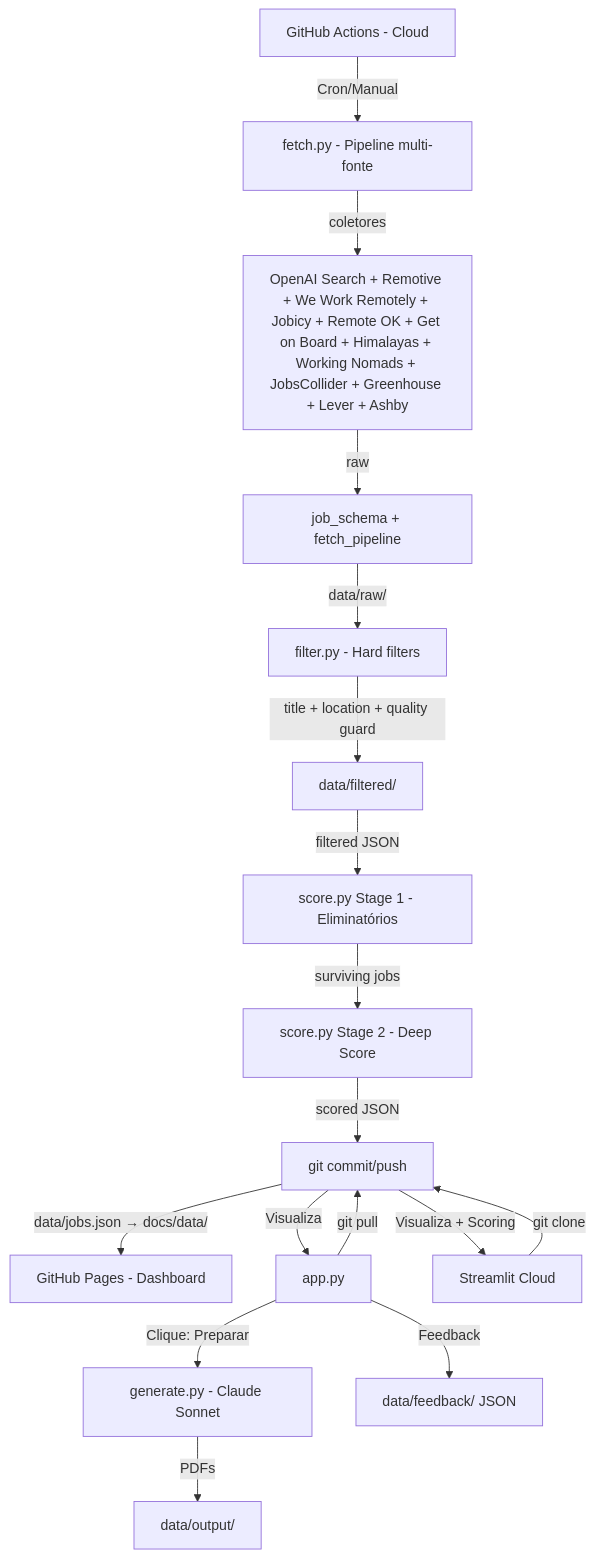
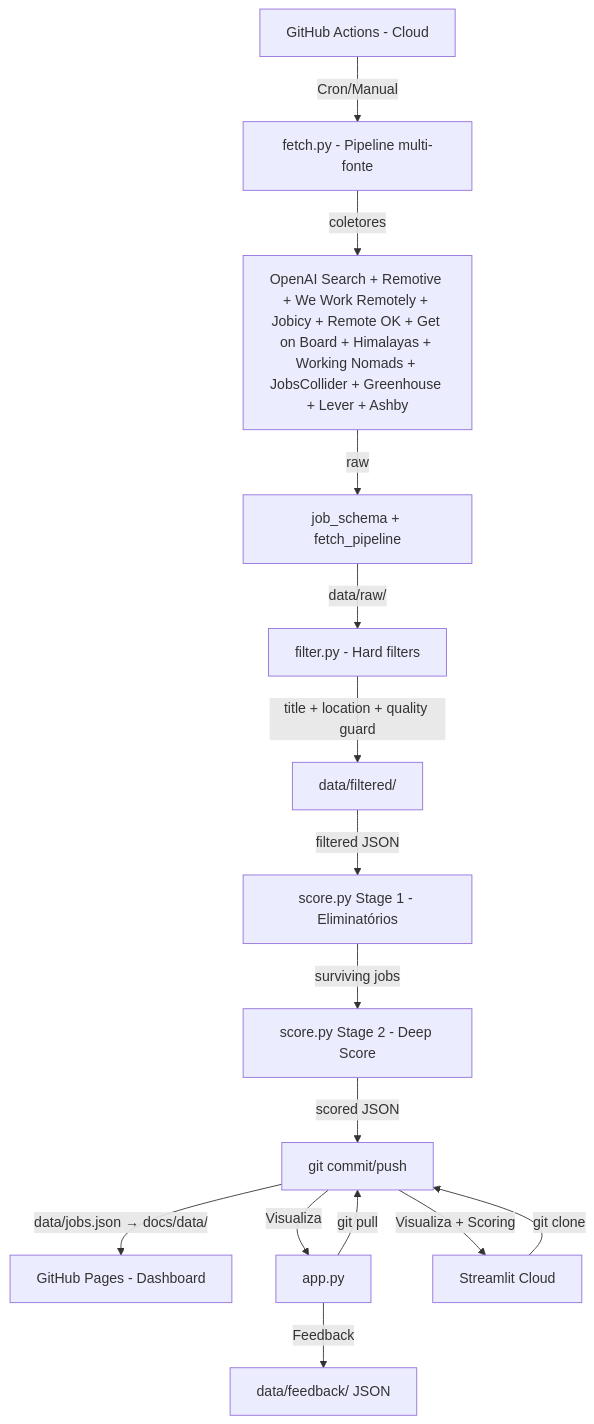
The diagram in ARCHITECTURE.md (gmaiarviana/job_radar), drawn with Mermaid before and after one commit. The commit also changed other lines of this file and 13 other files, not shown here.

````diff
--- a/ARCHITECTURE.md
+++ b/ARCHITECTURE.md
@@ -11,20 +11,18 @@
 ```mermaid
 graph TD
     A[GitHub Actions - Cloud] -->|Cron/Manual| B[fetch.py - Pipeline multi-fonte]
     B -->|coletores| B1[OpenAI Search + Remotive + We Work Remotely + Jobicy + Remote OK + Get on Board + Himalayas + Working Nomads + JobsCollider + Greenhouse + Lever + Ashby]
     B1 -->|raw| B2[job_schema + fetch_pipeline]
     B2 -->|data/raw/| B3[filter.py - Hard filters]
     B3 -->|title + location + quality guard| B4[data/filtered/]
     B4 -->|filtered JSON| C[score.py Stage 1 - Eliminatórios]
     C -->|surviving jobs| D[score.py Stage 2 - Deep Score]
     D -->|scored JSON| E[git commit/push]
     E -->|data/jobs.json → docs/data/| J[GitHub Pages - Dashboard]
 
     F[Streamlit - Local] -->|git pull| E
     F2[Streamlit Cloud] -->|git clone| E
     E -->|Visualiza + Scoring| F2
     E -->|Visualiza| F[app.py]
-    F -->|Clique: Preparar| G[generate.py - Claude Sonnet]
-    G -->|PDFs| H[data/output/]
     F -->|Feedback| I[data/feedback/ JSON]
 ```
````
